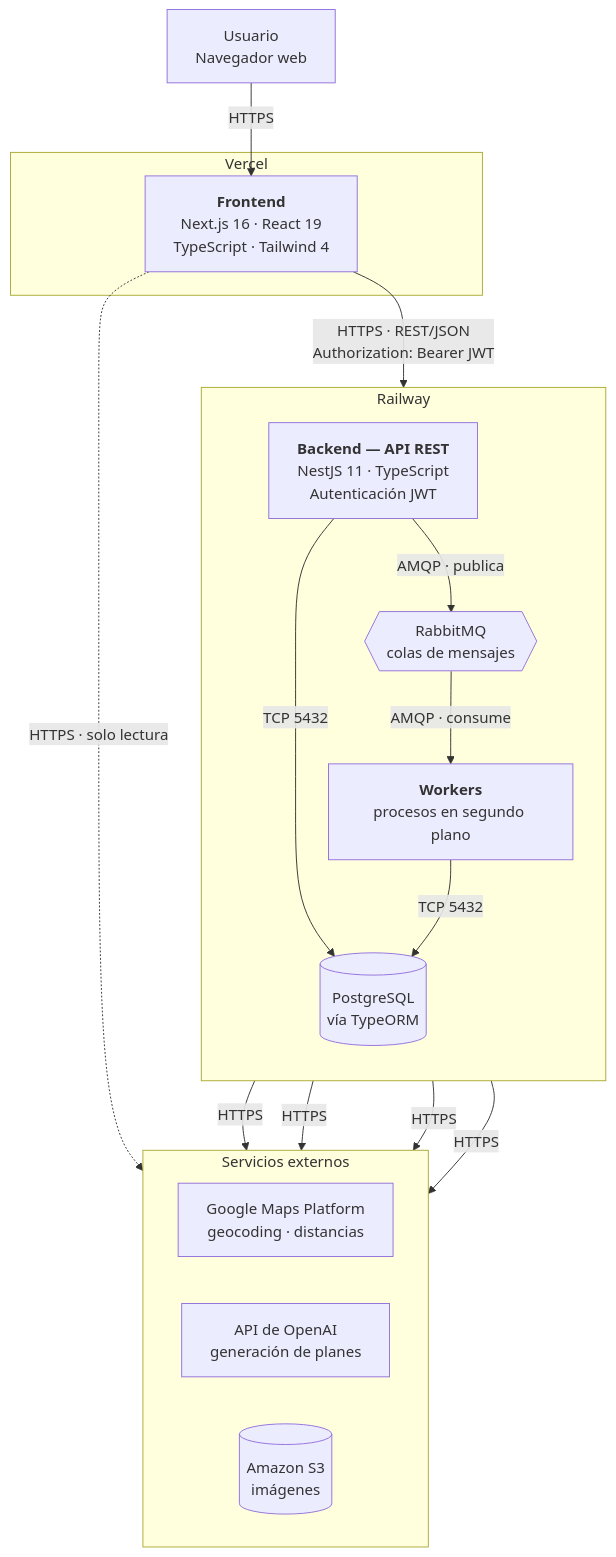
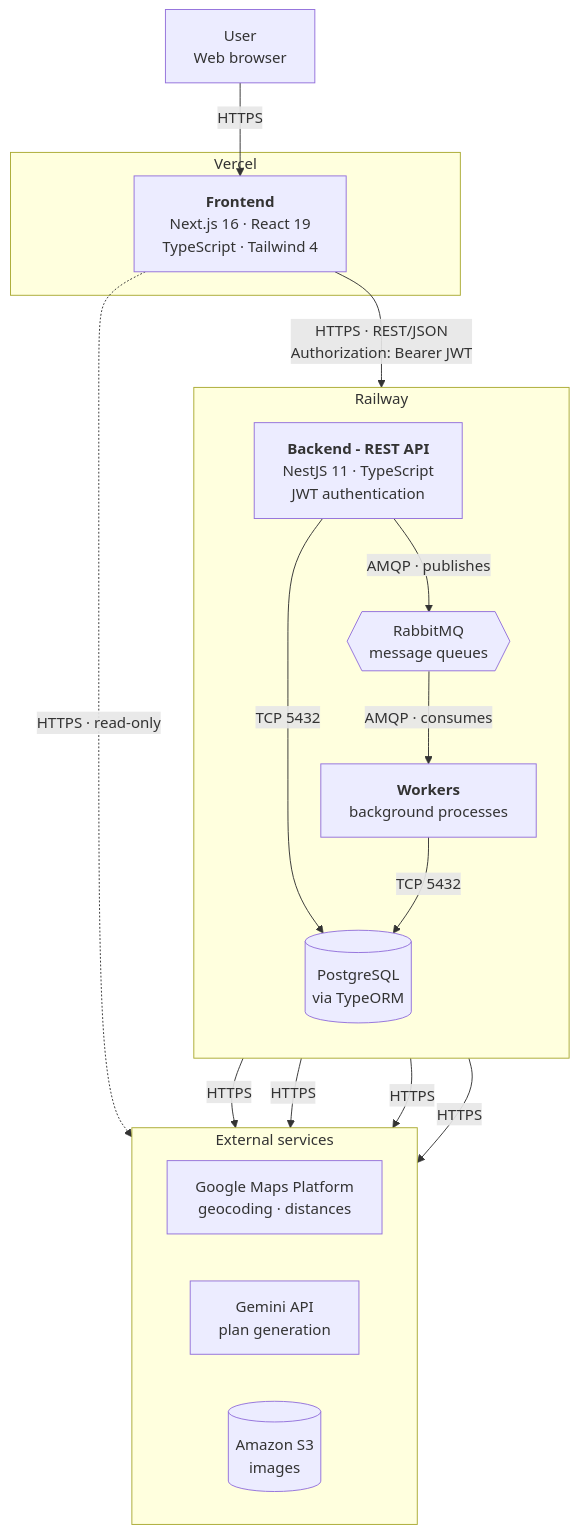
Before and after one commit to SmartPlan-UTN/SmartPlan-front: the diagram in skills/05-architecture/SKILL.md, drawn with Mermaid. The commit also changed other lines of this file and 86 other files, not shown here.

````diff
--- a/skills/05-architecture/SKILL.md
+++ b/skills/05-architecture/SKILL.md
@@ -22,35 +17,31 @@
 ```mermaid
 flowchart TB
-    U["Usuario<br/>Navegador web"]
-
+    U["User<br/>Web browser"]
     subgraph vercel["Vercel"]
         FE["<b>Frontend</b><br/>Next.js 16 · React 19<br/>TypeScript · Tailwind 4"]
     end
-
     subgraph railway["Railway"]
         direction TB
-        BE["<b>Backend — API REST</b><br/>NestJS 11 · TypeScript<br/>Autenticación JWT"]
-        MQ{{"RabbitMQ<br/>colas de mensajes"}}
-        WK["<b>Workers</b><br/>procesos en segundo plano"]
-        DB[("PostgreSQL<br/>vía TypeORM")]
+        BE["<b>Backend - REST API</b><br/>NestJS 11 · TypeScript<br/>JWT authentication"]
+        MQ{{"RabbitMQ<br/>message queues"}}
+        WK["<b>Workers</b><br/>background processes"]
+        DB[("PostgreSQL<br/>via TypeORM")]
     end
-
-    subgraph ext["Servicios externos"]
+    subgraph ext["External services"]
         direction LR
-        GM["Google Maps Platform<br/>geocoding · distancias"]
-        AI["API de OpenAI<br/>generación de planes"]
-        S3[("Amazon S3<br/>imágenes")]
+        GM["Google Maps Platform<br/>geocoding · distances"]
+        AI["Gemini API<br/>plan generation"]
+        S3[("Amazon S3<br/>images")]
     end
-
     U -->|HTTPS| FE
     FE -->|"HTTPS · REST/JSON<br/>Authorization: Bearer JWT"| BE
-    BE -->|"AMQP · publica"| MQ
-    MQ -->|"AMQP · consume"| WK
+    BE -->|"AMQP · publishes"| MQ
+    MQ -->|"AMQP · consumes"| WK
     BE -->|"TCP 5432"| DB
     WK -->|"TCP 5432"| DB
     BE -->|HTTPS| GM
     BE -->|HTTPS| S3
     WK -->|HTTPS| GM
     WK -->|HTTPS| AI
-    FE -.->|"HTTPS · solo lectura"| S3
+    FE -.->|"HTTPS · read-only"| S3
 ```
````
